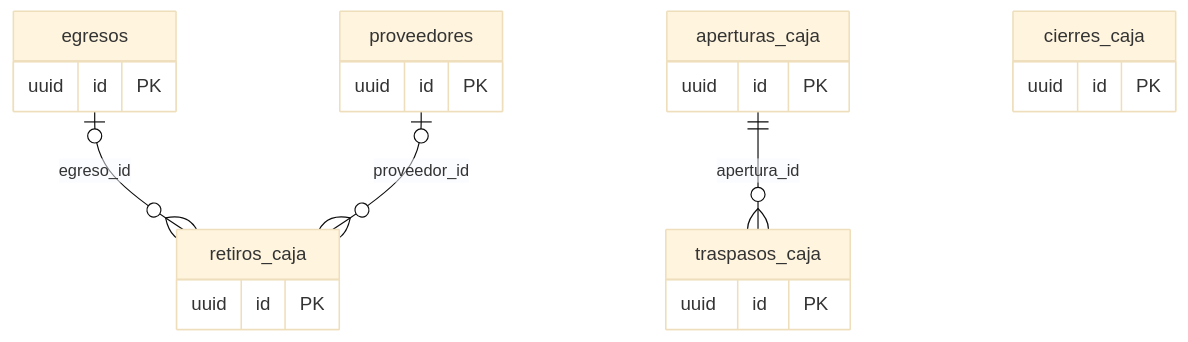
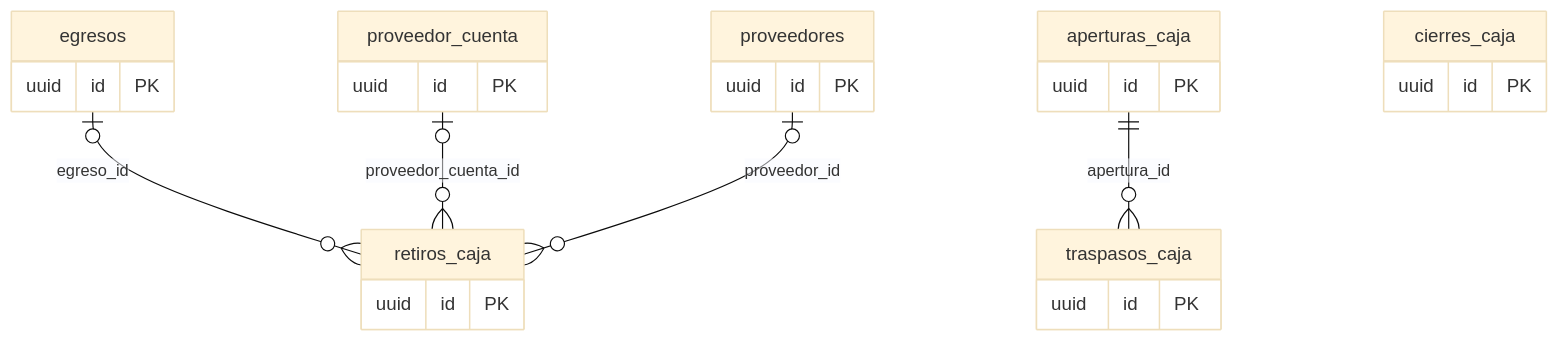
The fourth of 8 diagrams in docs/base-de-datos.md (gabriel-300/kioscos-ideia), drawn with Mermaid (base theme) before and after one commit. The commit also changed other lines of this file and 3 other files, not shown here.

````diff
--- a/docs/base-de-datos.md
+++ b/docs/base-de-datos.md
@@ -600,24 +600,28 @@
 ```mermaid
 erDiagram
   egresos |o--o{ retiros_caja : "egreso_id"
+  proveedor_cuenta |o--o{ retiros_caja : "proveedor_cuenta_id"
   proveedores |o--o{ retiros_caja : "proveedor_id"
   aperturas_caja ||--o{ traspasos_caja : "apertura_id"
   aperturas_caja {
     uuid id PK
   }
   traspasos_caja {
     uuid id PK
   }
   cierres_caja {
     uuid id PK
   }
   retiros_caja {
     uuid id PK
   }
   egresos {
     uuid id PK
   }
+  proveedor_cuenta {
+    uuid id PK
+  }
   proveedores {
     uuid id PK
   }
 ```
````
